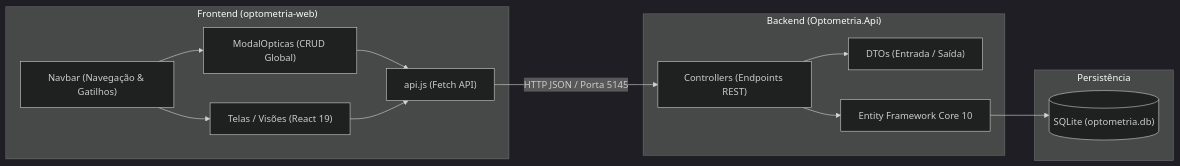
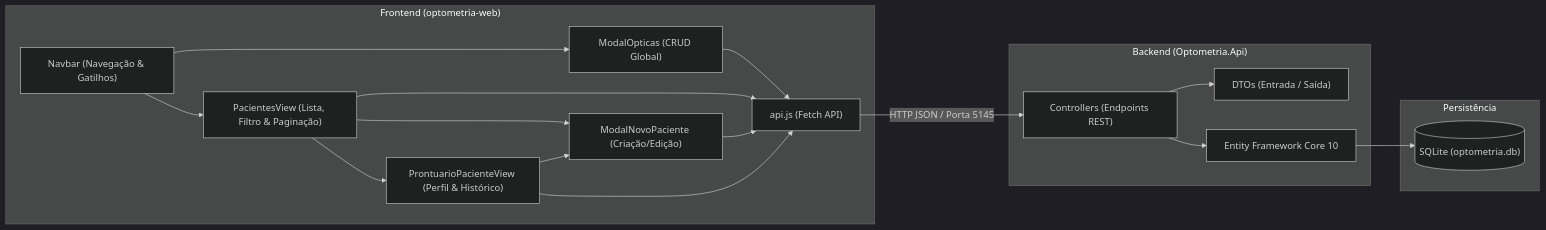
One commit to devdherik/sistema-gestao-optometrica changed the first of 2 diagrams in docs/referencia-tecnica.md. Above: the diagram before and after it, drawn with Mermaid (dark theme). The commit also changed other lines of this file and 6 other files, not shown here.

````diff
--- a/docs/referencia-tecnica.md
+++ b/docs/referencia-tecnica.md
@@ -11,29 +11,37 @@
 ```mermaid
 flowchart LR
     subgraph Frontend ["Frontend (optometria-web)"]
         Navbar["Navbar (Navegação & Gatilhos)"]
         ModalOpticas["ModalOpticas (CRUD Global)"]
-        Views["Telas / Visões (React 19)"]
+        ModalPaciente["ModalNovoPaciente (Criação/Edição)"]
+        PacientesView["PacientesView (Lista, Filtro & Paginação)"]
+        ProntuarioView["ProntuarioPacienteView (Perfil & Histórico)"]
         Service["api.js (Fetch API)"]
         
         Navbar --> ModalOpticas
-        Navbar --> Views
+        Navbar --> PacientesView
+        PacientesView --> ModalPaciente
+        PacientesView --> ProntuarioView
+        ProntuarioView --> ModalPaciente
+        
         ModalOpticas --> Service
-        Views --> Service
+        PacientesView --> Service
+        ModalPaciente --> Service
+        ProntuarioView --> Service
     end
 
     subgraph Backend ["Backend (Optometria.Api)"]
         Controller["Controllers (Endpoints REST)"]
         DTO["DTOs (Entrada / Saída)"]
         EF["Entity Framework Core 10"]
         Controller --> DTO
         Controller --> EF
     end
 
     subgraph Database ["Persistência"]
         SQLite[("SQLite (optometria.db)")]
         EF --> SQLite
     end
 
     Service -->|HTTP JSON / Porta 5145| Controller
 ```
````
